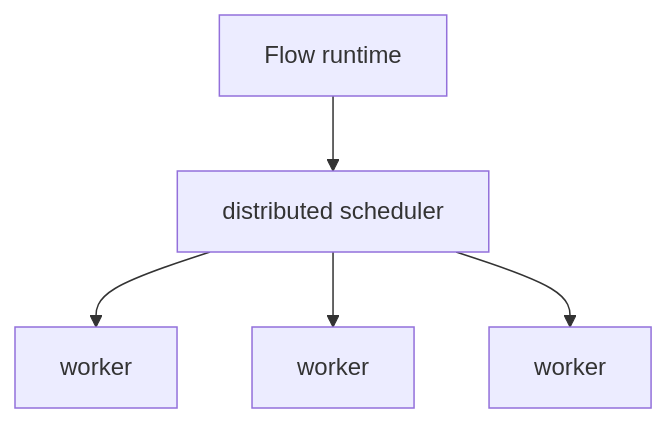
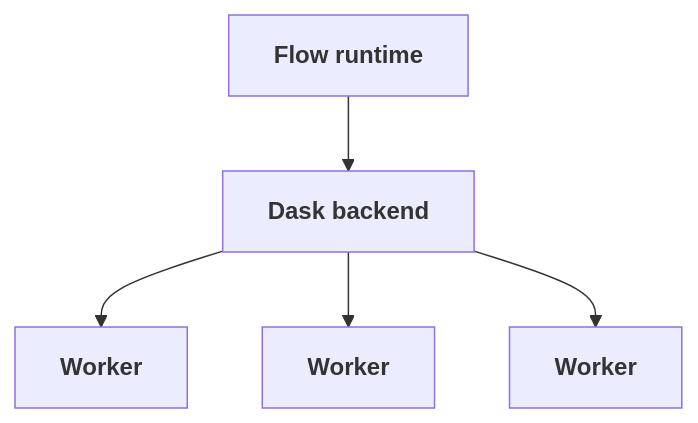
The third of 5 diagrams in docs/execution/environments.md (FAST-HEP/fasthep-flow), drawn with Mermaid before and after one commit. The commit also changed other lines of this file and 7 other files, not shown here.

````diff
--- a/docs/execution/environments.md
+++ b/docs/execution/environments.md
@@ -171,16 +176,14 @@
 ```{mermaid}
 flowchart TD
-    Runtime["Flow runtime"]
+    Runtime["<b>Flow runtime</b>"]:::runtime
+    Dask["<b>Dask backend</b>"]:::capability
 
-    Scheduler["distributed scheduler"]
+    W1["<b>Worker</b>"]:::capability
+    W2["<b>Worker</b>"]:::capability
+    W3["<b>Worker</b>"]:::capability
 
-    W1["worker"]
-    W2["worker"]
-    W3["worker"]
-
-    Runtime --> Scheduler
-
-    Scheduler --> W1
-    Scheduler --> W2
-    Scheduler --> W3
+    Runtime --> Dask
+    Dask --> W1
+    Dask --> W2
+    Dask --> W3
 ```
````
